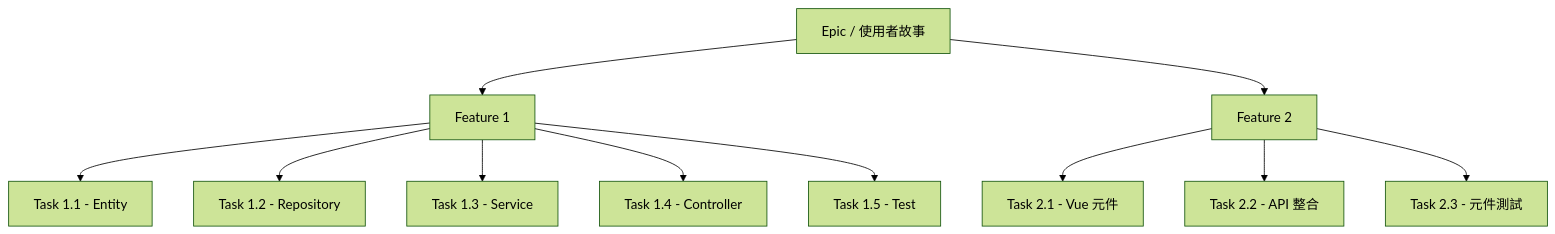
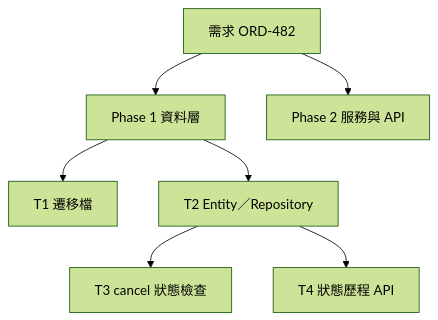
The fourth of 10 diagrams in content/posts/教學/AI開發/Pi Code Agent 教學手冊.md (chihhung/Blog), drawn with Mermaid (forest theme) before and after one commit. The commit also changed other lines of this file and 1 other file, not shown here.

````diff
--- a/content/posts/教學/AI開發/Pi Code Agent 教學手冊.md
+++ b/content/posts/教學/AI開發/Pi Code Agent 教學手冊.md
@@ -1423,13 +1803,9 @@
 ```mermaid
-graph TD
-    EPIC[Epic / 使用者故事] --> F1[Feature 1]
-    EPIC --> F2[Feature 2]
-    F1 --> T1[Task 1.1 - Entity]
-    F1 --> T2[Task 1.2 - Repository]
-    F1 --> T3[Task 1.3 - Service]
-    F1 --> T4[Task 1.4 - Controller]
-    F1 --> T5[Task 1.5 - Test]
-    F2 --> T6[Task 2.1 - Vue 元件]
-    F2 --> T7[Task 2.2 - API 整合]
-    F2 --> T8[Task 2.3 - 元件測試]
+flowchart TD
+    EPIC[需求 ORD-482] --> P1[Phase 1 資料層]
+    EPIC --> P2[Phase 2 服務與 API]
+    P1 --> T1[T1 遷移檔]
+    P1 --> T2[T2 Entity／Repository]
+    T2 --> T3[T3 cancel 狀態檢查]
+    T2 --> T4[T4 狀態歷程 API]
 ```
````
